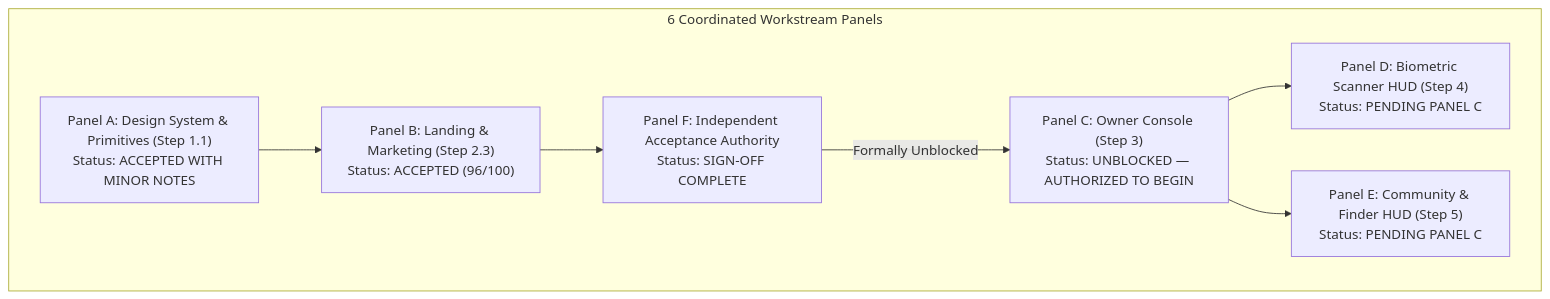
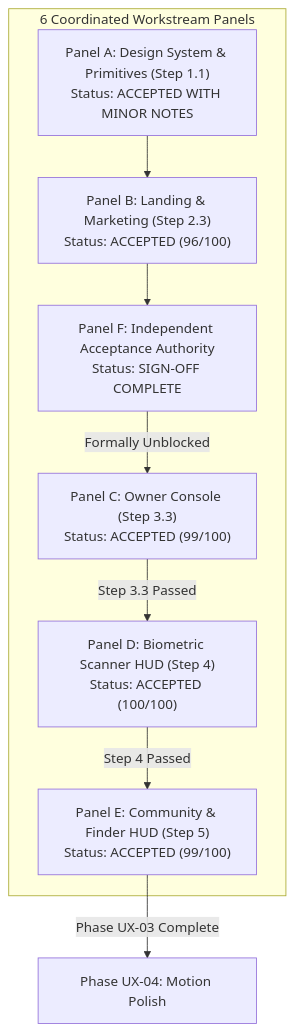
Before and after one commit to jimfleax/safepaws_sih: the second of 2 diagrams in docs/UI_UX_TRANSFORMATION_TRACKER.md, drawn with Mermaid. The commit also changed other lines of this file and 29 other files, not shown here.

````diff
--- a/docs/UI_UX_TRANSFORMATION_TRACKER.md
+++ b/docs/UI_UX_TRANSFORMATION_TRACKER.md
@@ -70,16 +80,17 @@
 ```mermaid
 flowchart TD
     subgraph SixPanels["6 Coordinated Workstream Panels"]
         PA["Panel A: Design System & Primitives (Step 1.1)\nStatus: ACCEPTED WITH MINOR NOTES"]
         PB["Panel B: Landing & Marketing (Step 2.3)\nStatus: ACCEPTED (96/100)"]
         PF["Panel F: Independent Acceptance Authority\nStatus: SIGN-OFF COMPLETE"]
-        PC["Panel C: Owner Console (Step 3)\nStatus: UNBLOCKED — AUTHORIZED TO BEGIN"]
-        PD["Panel D: Biometric Scanner HUD (Step 4)\nStatus: PENDING PANEL C"]
-        PE["Panel E: Community & Finder HUD (Step 5)\nStatus: PENDING PANEL C"]
+        PC["Panel C: Owner Console (Step 3.3)\nStatus: ACCEPTED (99/100)"]
+        PD["Panel D: Biometric Scanner HUD (Step 4)\nStatus: ACCEPTED (100/100)"]
+        PE["Panel E: Community & Finder HUD (Step 5)\nStatus: ACCEPTED (99/100)"]
     end
     PA --> PB
     PB --> PF
     PF -->|Formally Unblocked| PC
-    PC --> PD
-    PC --> PE
+    PC -->|Step 3.3 Passed| PD
+    PD -->|Step 4 Passed| PE
+    PE -->|Phase UX-03 Complete| P4M["Phase UX-04: Motion Polish"]
 ```
````
